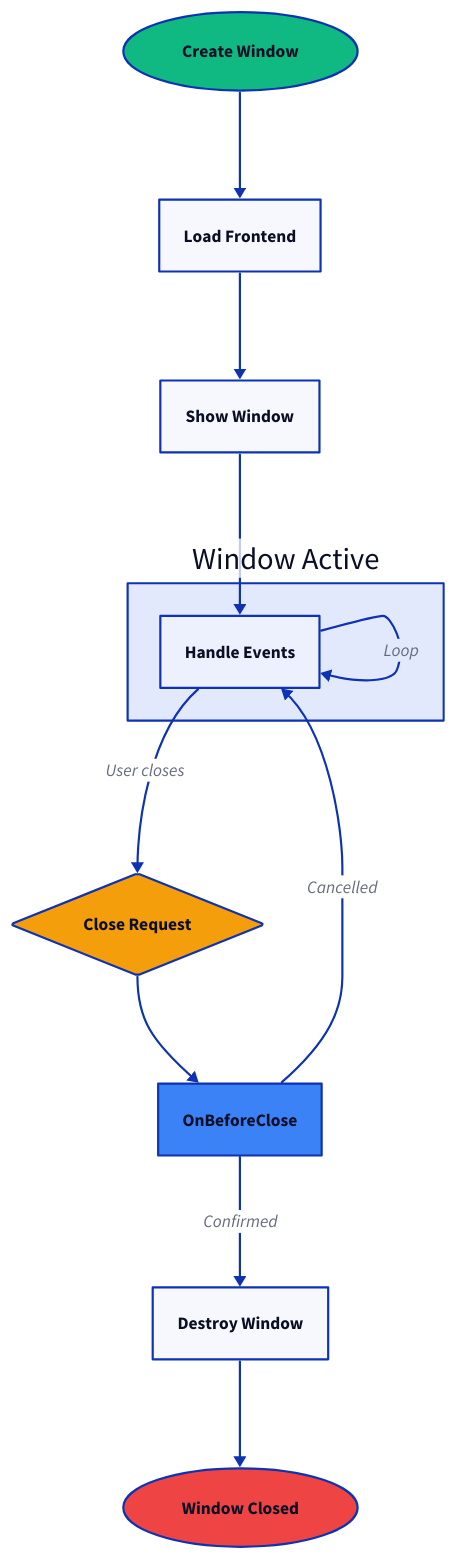
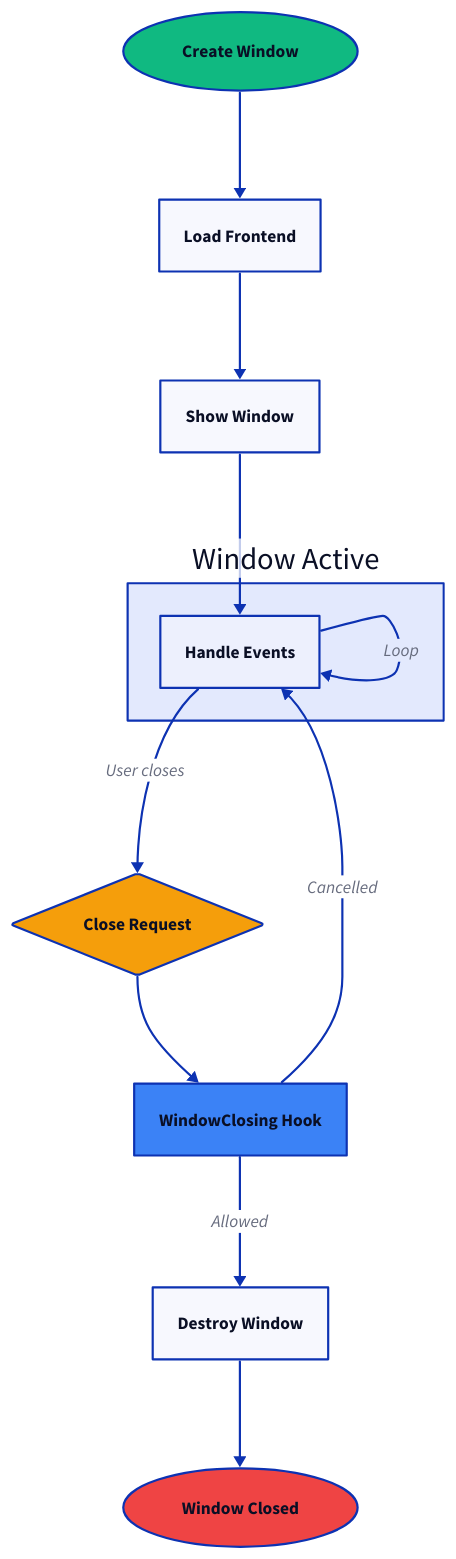
One commit to wailsapp/wails changed the second of 2 diagrams in docs/src/content/docs/concepts/lifecycle.mdx. Above: the diagram before and after it, drawn with D2. The commit also changed other lines of this file and 2 other files, not shown here.

````diff
--- a/docs/src/content/docs/concepts/lifecycle.mdx
+++ b/docs/src/content/docs/concepts/lifecycle.mdx
@@ -358,51 +438,51 @@
 ```d2
 direction: down
 
 Create: "Create Window" {
   shape: oval
   style.fill: "#10B981"
 }
 
 Load: "Load Frontend" {
   shape: rectangle
 }
 
 Show: "Show Window" {
   shape: rectangle
 }
 
 Active: "Window Active" {
   Events: "Handle Events" {
     shape: rectangle
   }
 }
 
 CloseRequest: "Close Request" {
   shape: diamond
   style.fill: "#F59E0B"
 }
 
-OnBeforeClose: "OnBeforeClose" {
+Hook: "WindowClosing Hook" {
   shape: rectangle
   style.fill: "#3B82F6"
 }
 
 Destroy: "Destroy Window" {
   shape: rectangle
 }
 
 End: "Window Closed" {
   shape: oval
   style.fill: "#EF4444"
 }
 
 Create -> Load
 Load -> Show
 Show -> Active.Events
 Active.Events -> Active.Events: "Loop"
 Active.Events -> CloseRequest: "User closes"
-CloseRequest -> OnBeforeClose
-OnBeforeClose -> Active.Events: "Cancelled"
-OnBeforeClose -> Destroy: "Confirmed"
+CloseRequest -> Hook
+Hook -> Active.Events: "Cancelled"
+Hook -> Destroy: "Allowed"
 Destroy -> End
 ```
````
